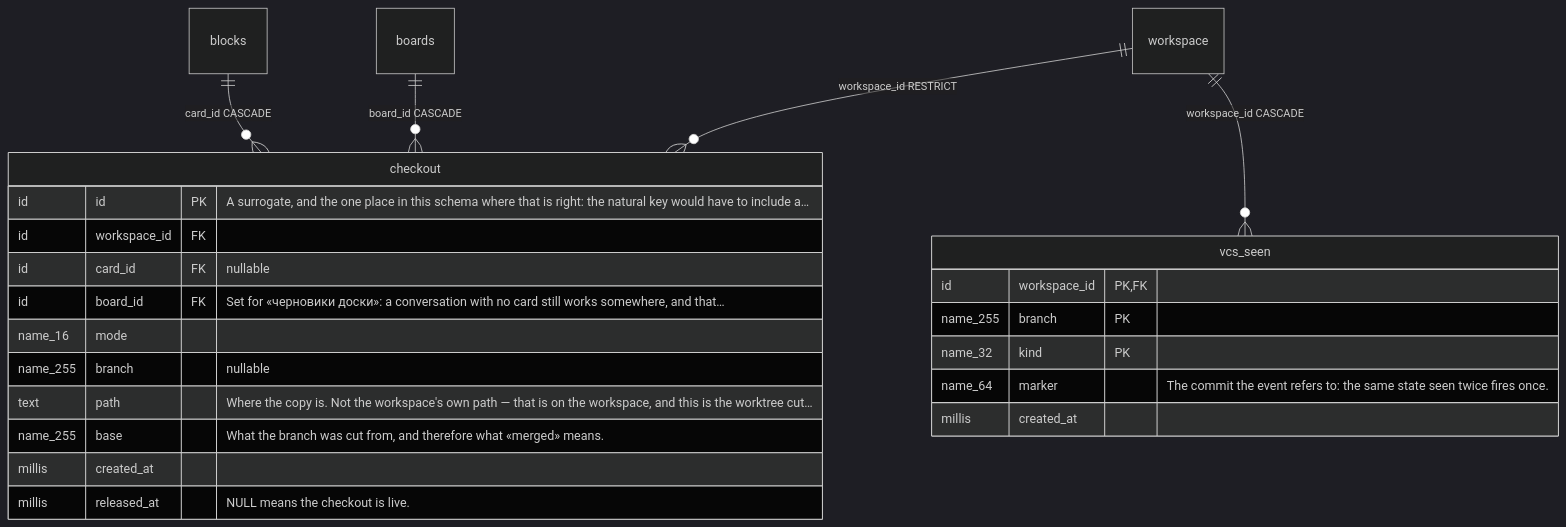
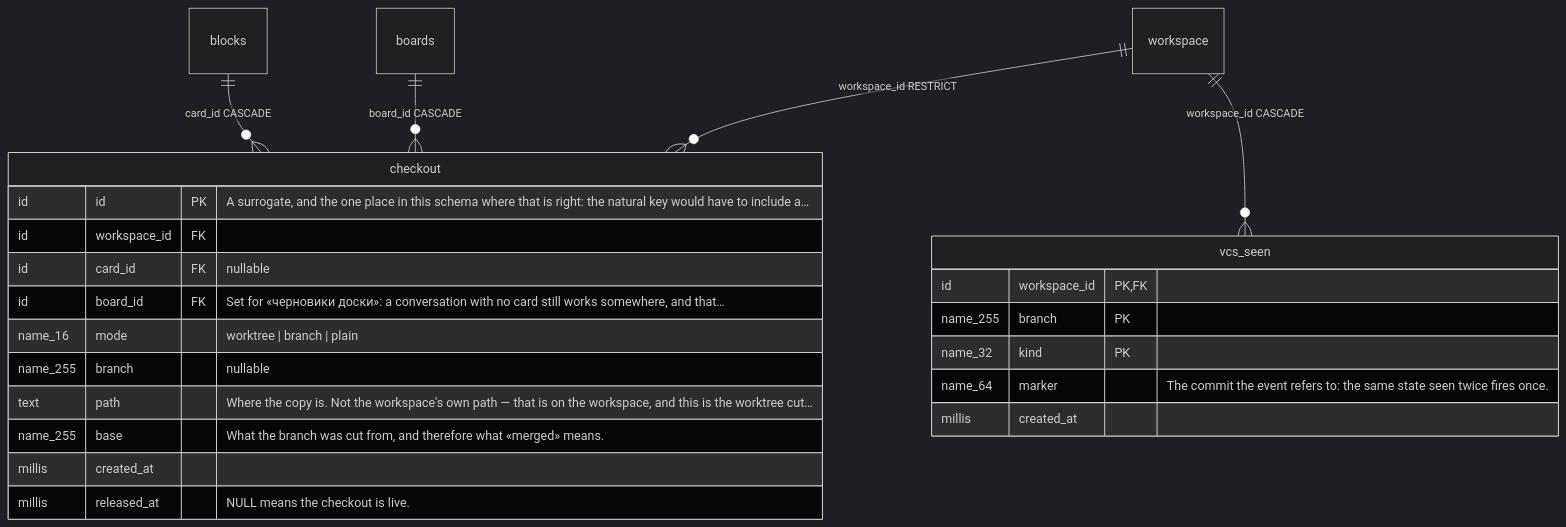
One commit to artipop/xciii changed the sixth of 8 diagrams in docs/schema/erd.md. Above: the diagram before and after it, drawn with Mermaid (dark theme). The commit also changed other lines of this file and 3 other files, not shown here.

First line of the commit message:
Put the closed sets on the diagram

````diff
--- a/docs/schema/erd.md
+++ b/docs/schema/erd.md
@@ -420,27 +425,27 @@
 ```mermaid
 erDiagram
     blocks ||--o{ checkout : "card_id CASCADE"
     boards ||--o{ checkout : "board_id CASCADE"
     workspace ||--o{ checkout : "workspace_id RESTRICT"
     workspace ||--o{ vcs_seen : "workspace_id CASCADE"
 
     checkout {
         id id PK "A surrogate, and the one place in this schema where that is right: the natural key would have to include a…"
         id workspace_id FK
         id card_id FK "nullable"
         id board_id FK "Set for «черновики доски»: a conversation with no card still works somewhere, and that…"
-        name_16 mode
+        name_16 mode "worktree | branch | plain"
         name_255 branch "nullable"
         text path "Where the copy is. Not the workspace's own path — that is on the workspace, and this is the worktree cut…"
         name_255 base "What the branch was cut from, and therefore what «merged» means."
         millis created_at
         millis released_at "NULL means the checkout is live."
     }
     vcs_seen {
         id workspace_id PK, FK
         name_255 branch PK
         name_32 kind PK
         name_64 marker "The commit the event refers to: the same state seen twice fires once."
         millis created_at
     }
 ```
````
